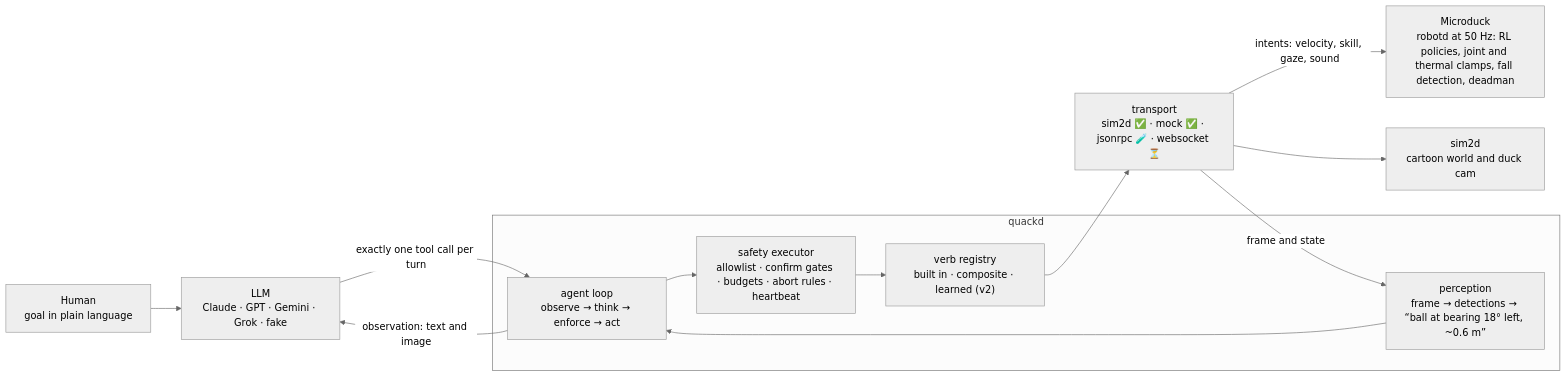
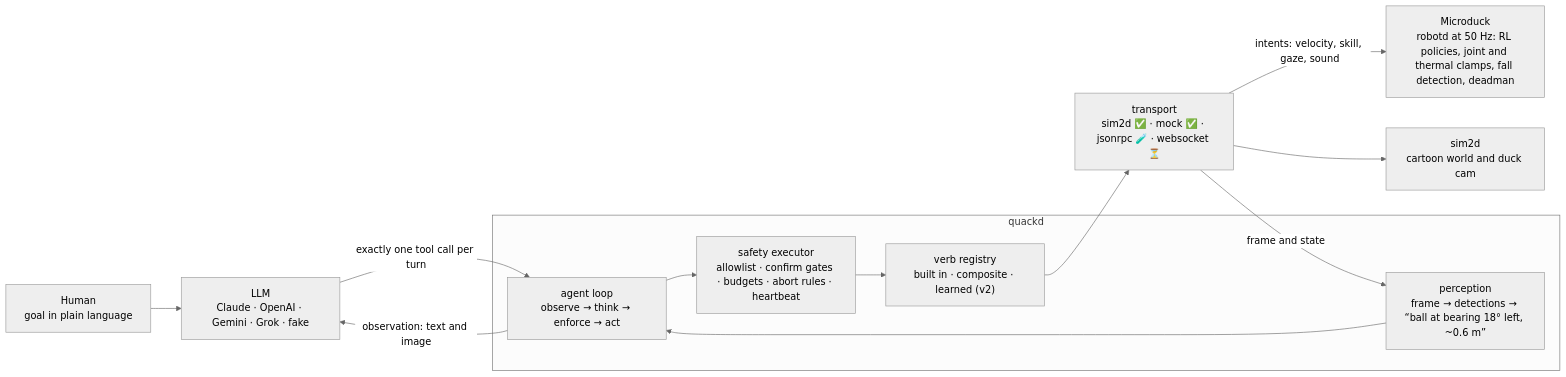
The second of 3 diagrams in README.md (gianlucamazza/quackd), drawn with Mermaid (neutral theme) before and after one commit. The commit also changed other lines of this file and 2 other files, not shown here.

Commit message:
docs: say OpenAI, not GPT, when naming providers

````diff
--- a/README.md
+++ b/README.md
@@ -141,21 +141,21 @@
 ```mermaid
 flowchart LR
     HUMAN["Human<br/>goal in plain language"]
-    LLM["LLM<br/>Claude · GPT · Gemini · Grok · fake"]
+    LLM["LLM<br/>Claude · OpenAI · Gemini · Grok · fake"]
     subgraph quackd
         LOOP["agent loop<br/>observe → think → enforce → act"]
         EXEC["safety executor<br/>allowlist · confirm gates · budgets · abort rules · heartbeat"]
         VERBS["verb registry<br/>built in · composite · learned (v2)"]
         PERC["perception<br/>frame → detections → “ball at bearing 18° left, ~0.6 m”"]
     end
     TRANSPORT["transport<br/>sim2d ✅ · mock ✅ · jsonrpc 🧪 · websocket ⏳"]
     ROBOT["Microduck<br/>robotd at 50 Hz: RL policies, joint and thermal clamps, fall detection, deadman"]
     SIM["sim2d<br/>cartoon world and duck cam"]
     HUMAN --> LLM
     LLM -- "exactly one tool call per turn" --> LOOP
     LOOP --> EXEC --> VERBS --> TRANSPORT
     TRANSPORT -- "intents: velocity, skill, gaze, sound" --> ROBOT
     TRANSPORT --> SIM
     TRANSPORT -- "frame and state" --> PERC --> LOOP
     LOOP -- "observation: text and image" --> LLM
 ```
````
